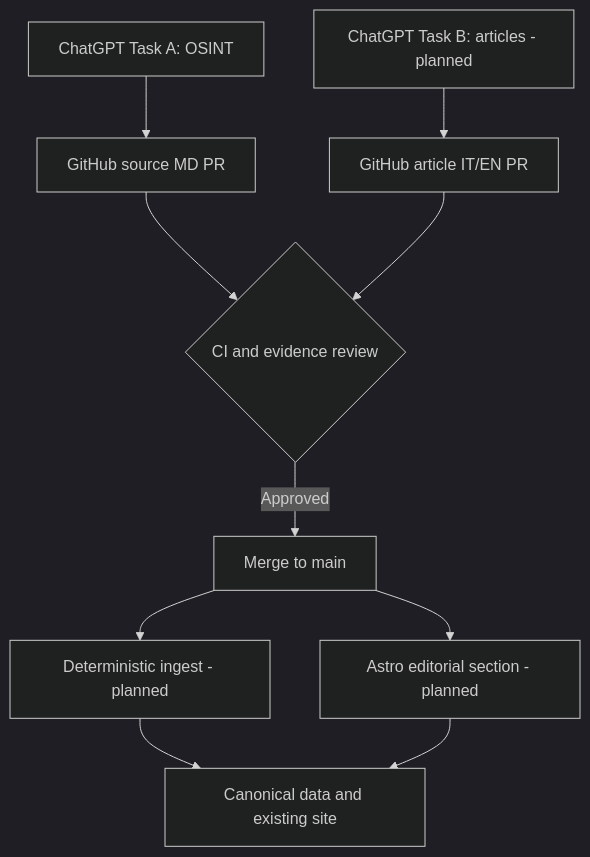
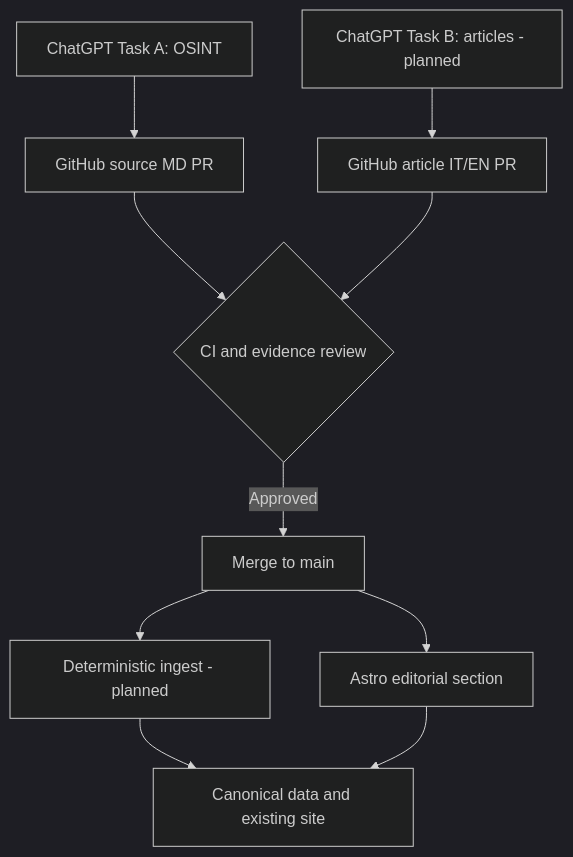
The diagram in README.md (amattis96/our-enemies-monitor), drawn with Mermaid (dark theme) before and after one commit. The commit also changed other lines of this file and 35 other files, not shown here.

````diff
--- a/README.md
+++ b/README.md
@@ -162,12 +166,12 @@
 ```mermaid
 flowchart TD
     A[ChatGPT Task A: OSINT] --> C[GitHub source MD PR]
     B[ChatGPT Task B: articles - planned] --> D[GitHub article IT/EN PR]
     C --> E{CI and evidence review}
     D --> E
     E -->|Approved| F[Merge to main]
     F --> G[Deterministic ingest - planned]
-    F --> H[Astro editorial section - planned]
+    F --> H[Astro editorial section]
     G --> I[Canonical data and existing site]
     H --> I
 ```
````
